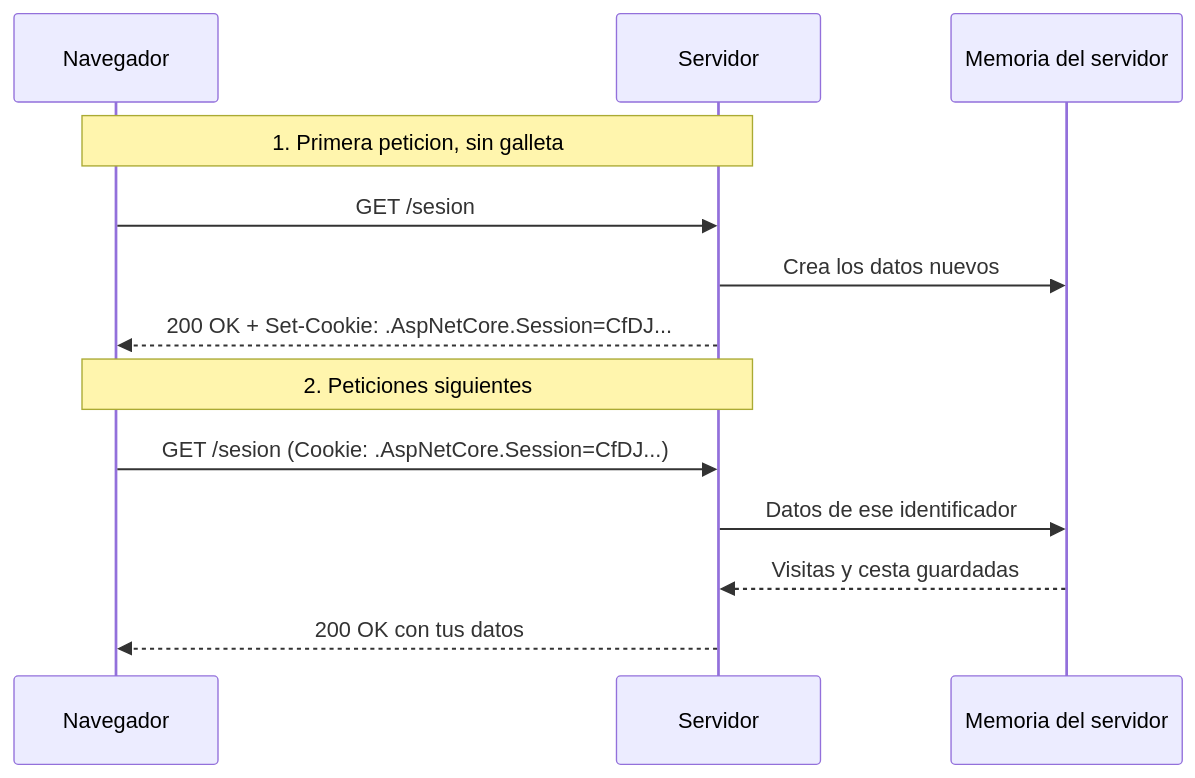
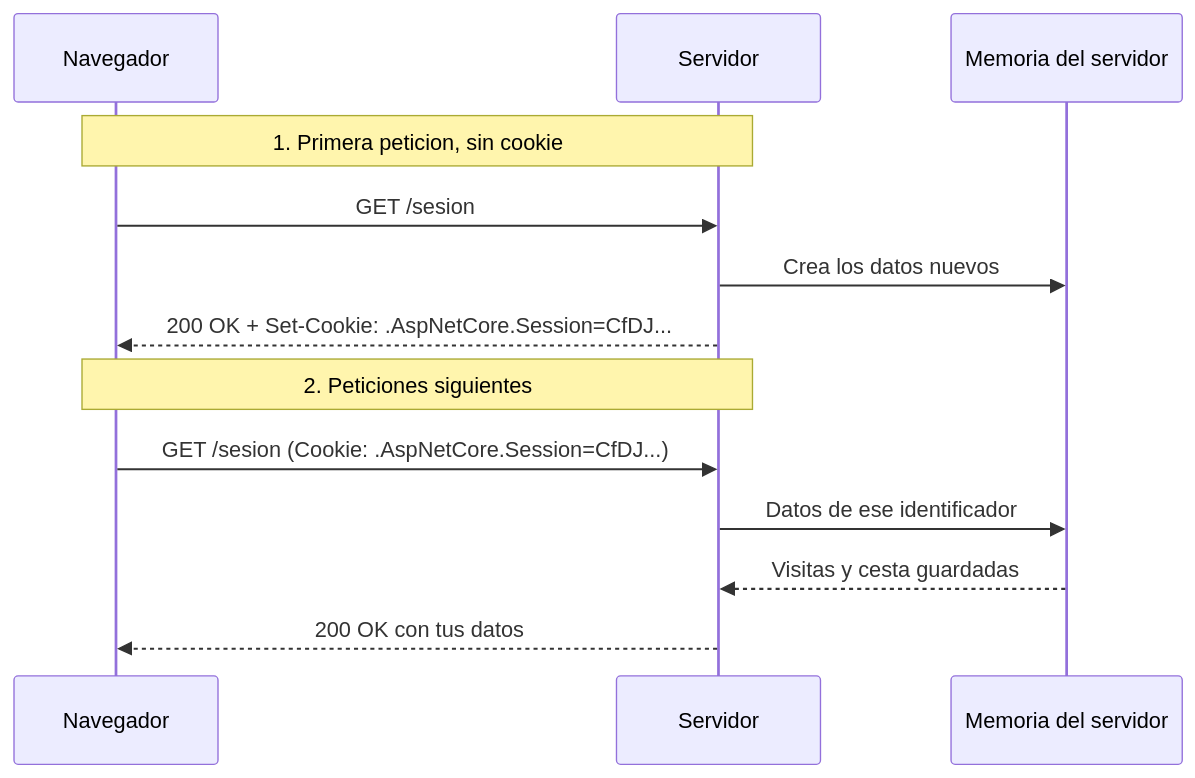
The third of 4 diagrams in 18-cookies-sesiones-cliente.md (joseluisgs/DesarrolloWebEntornosServidor-03-2026-2027), drawn with Mermaid before and after one commit. The commit also changed other lines of this file and 1 other file, not shown here.

Commit message:
docs: unificar el termino cookie, completar el 18 con JavaScript, Redis y ejemplos malo-bueno

````diff
--- a/18-cookies-sesiones-cliente.md
+++ b/18-cookies-sesiones-cliente.md
@@ -213,15 +258,15 @@
 ```mermaid
 sequenceDiagram
     participant N as Navegador
     participant S as Servidor
     participant M as Memoria del servidor
-    Note over N,S: 1. Primera peticion, sin galleta
+    Note over N,S: 1. Primera peticion, sin cookie
     N->>S: GET /sesion
     S->>M: Crea los datos nuevos
     S-->>N: 200 OK + Set-Cookie: .AspNetCore.Session=CfDJ...
     Note over N,S: 2. Peticiones siguientes
     N->>S: GET /sesion (Cookie: .AspNetCore.Session=CfDJ...)
     S->>M: Datos de ese identificador
     M-->>S: Visitas y cesta guardadas
     S-->>N: 200 OK con tus datos
 ```
````
